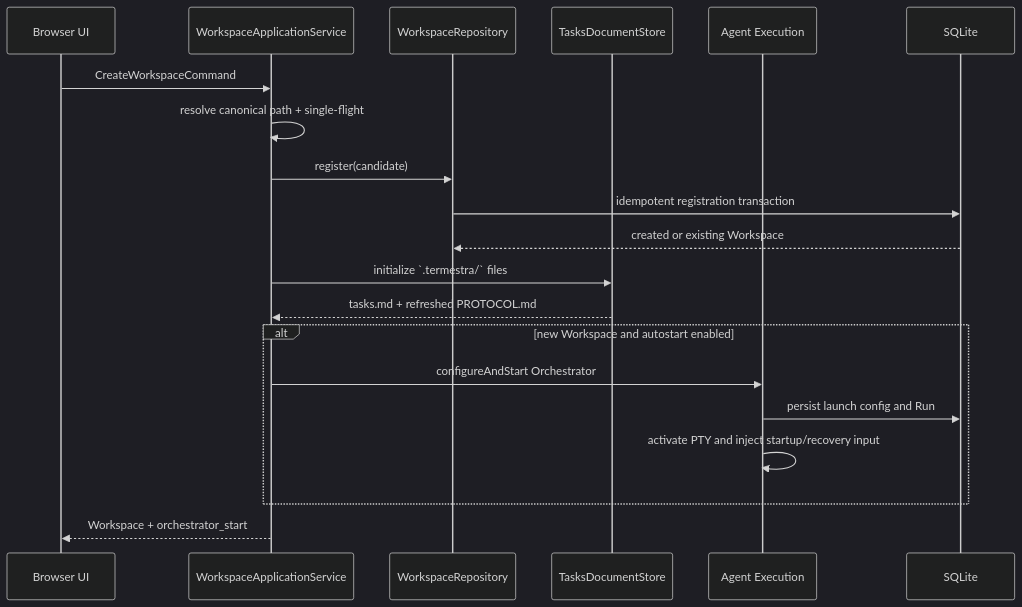
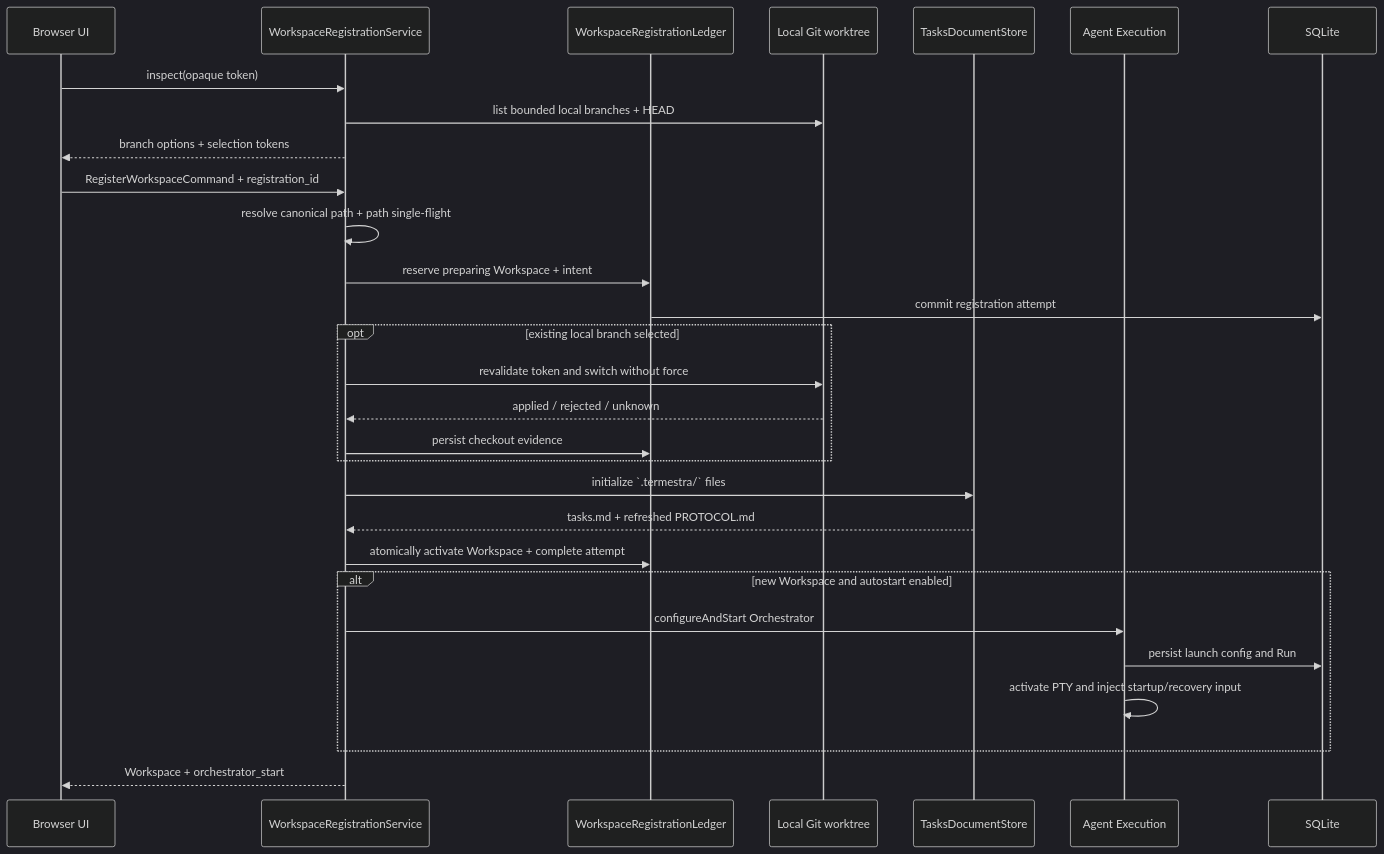
The first of 4 diagrams in docs/architecture/runtime-flows.md (sunsunsun-java/termestra), drawn with Mermaid (dark theme) before and after one commit. The commit also changed other lines of this file and 69 other files, not shown here.

Commit message:
feat: add workspace branch selection

````diff
--- a/docs/architecture/runtime-flows.md
+++ b/docs/architecture/runtime-flows.md
@@ -8,23 +8,32 @@
 ```mermaid
 sequenceDiagram
     participant UI as Browser UI
-    participant W as WorkspaceApplicationService
-    participant WR as WorkspaceRepository
+    participant W as WorkspaceRegistrationService
+    participant WR as WorkspaceRegistrationLedger
+    participant Git as Local Git worktree
     participant T as TasksDocumentStore
     participant E as Agent Execution
     participant DB as SQLite
 
-    UI->>W: CreateWorkspaceCommand
-    W->>W: resolve canonical path + single-flight
-    W->>WR: register(candidate)
-    WR->>DB: idempotent registration transaction
-    DB-->>WR: created or existing Workspace
+    UI->>W: inspect(opaque token)
+    W->>Git: list bounded local branches + HEAD
+    W-->>UI: branch options + selection tokens
+    UI->>W: RegisterWorkspaceCommand + registration_id
+    W->>W: resolve canonical path + path single-flight
+    W->>WR: reserve preparing Workspace + intent
+    WR->>DB: commit registration attempt
+    opt existing local branch selected
+        W->>Git: revalidate token and switch without force
+        Git-->>W: applied / rejected / unknown
+        W->>WR: persist checkout evidence
+    end
     W->>T: initialize `.termestra/` files
     T-->>W: tasks.md + refreshed PROTOCOL.md
+    W->>WR: atomically activate Workspace + complete attempt
     alt new Workspace and autostart enabled
         W->>E: configureAndStart Orchestrator
         E->>DB: persist launch config and Run
         E->>E: activate PTY and inject startup/recovery input
     end
     W-->>UI: Workspace + orchestrator_start
 ```
````
